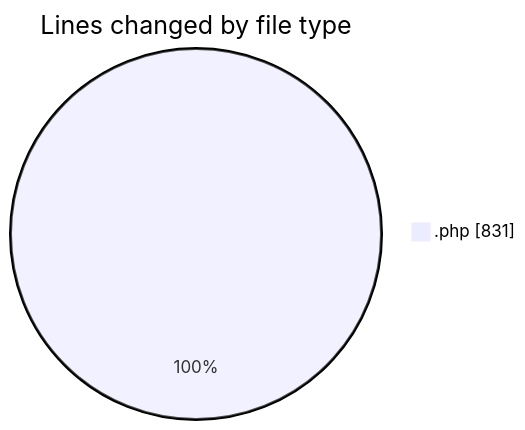
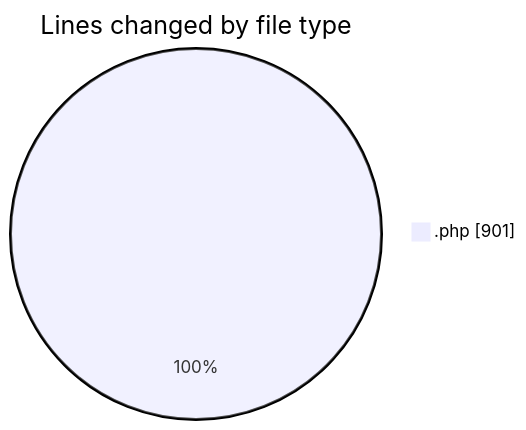
Before and after one commit to LanceThiago/code-tracking: the first of 2 diagrams in 2026-08-27/oficina/README.md, drawn with Mermaid. The commit also changed other lines of this file and 1 other file, not shown here.

````diff
--- a/2026-08-27/oficina/README.md
+++ b/2026-08-27/oficina/README.md
@@ -21,5 +21,5 @@
 ```mermaid
 pie showData
 title Lines changed by file type
-".php" : 831
+".php" : 901
 ```
````
